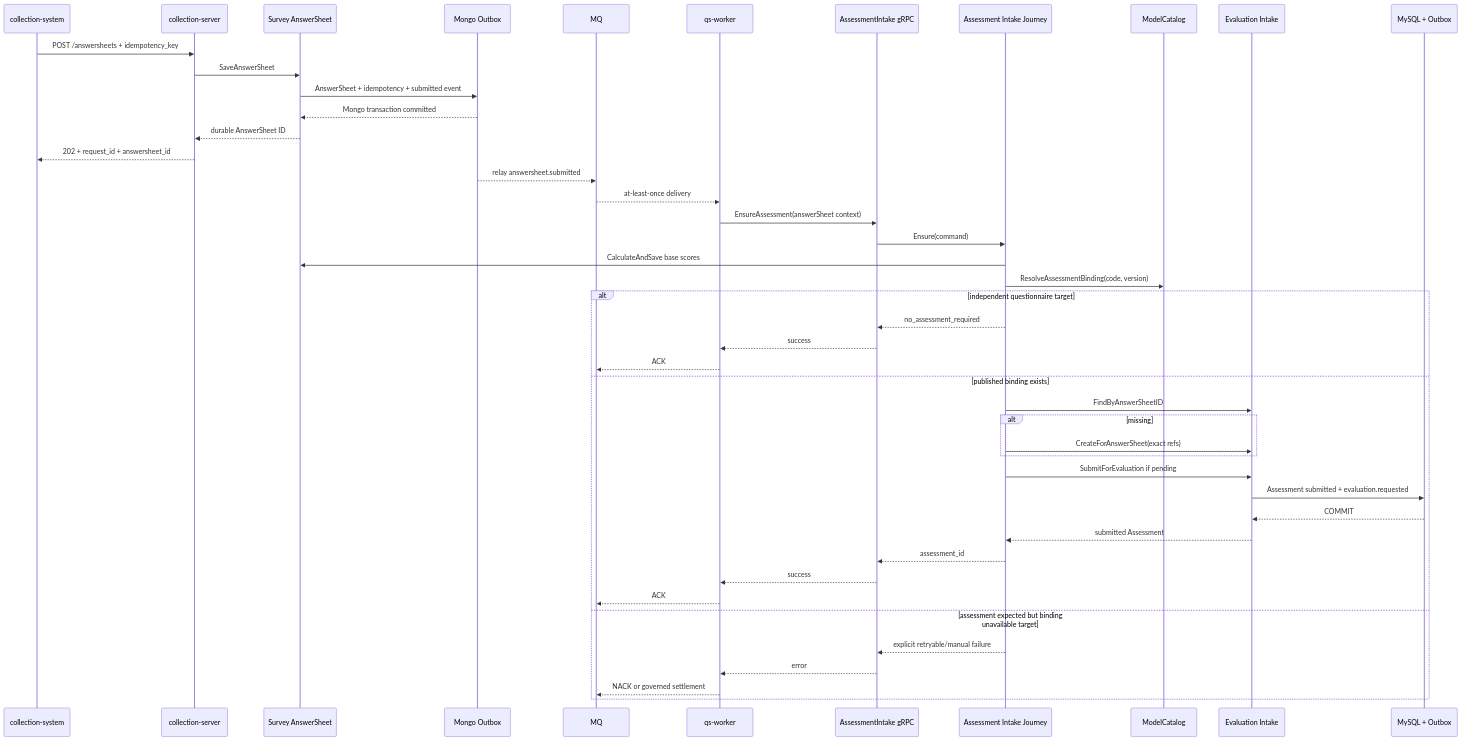
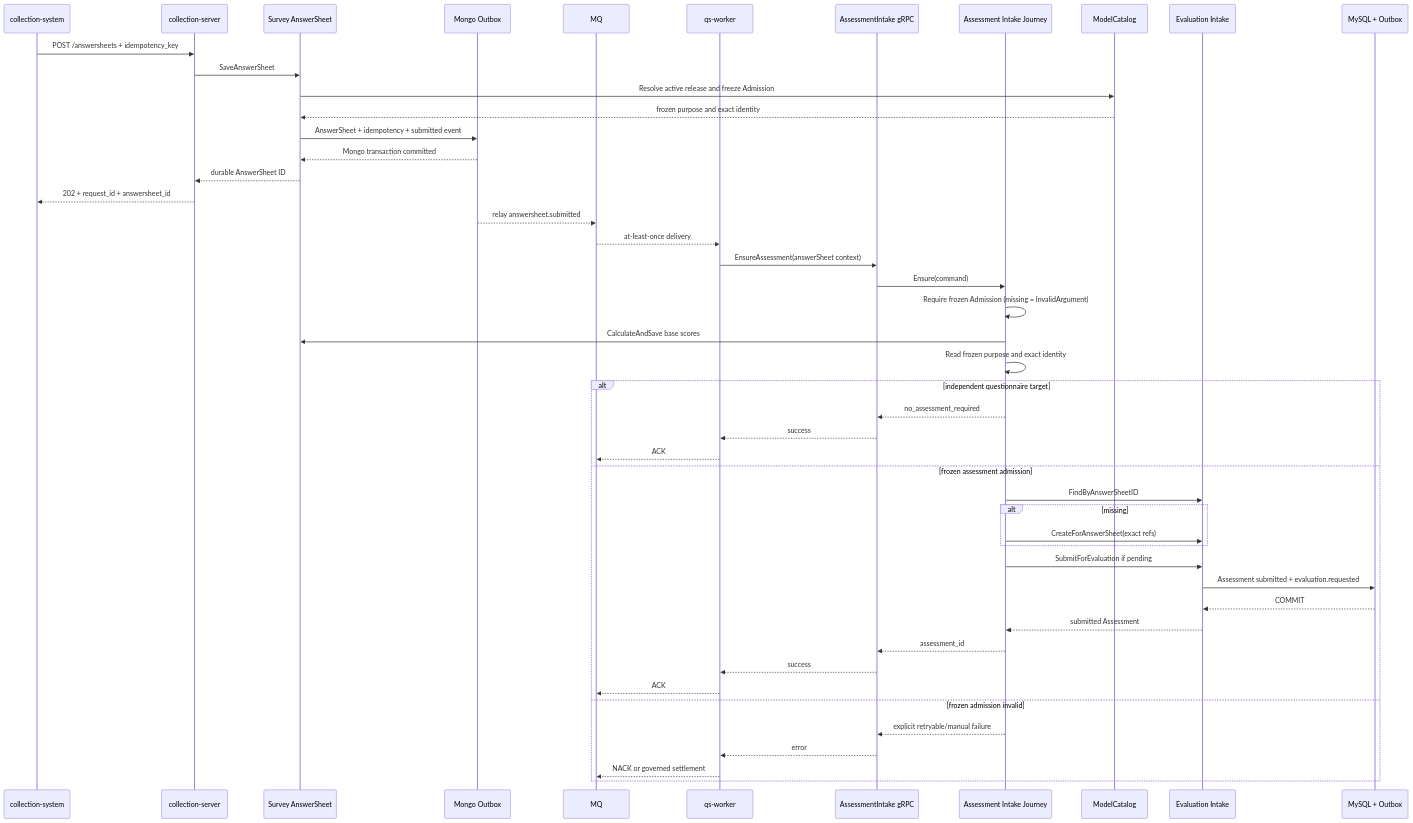
The fourth of 4 diagrams in docs/02-业务模块/30-evaluation/30-关键链路-从AnswerSheet到Assessment.md (FangcunMount/qs-server), drawn with Mermaid before and after one commit. The commit also changed other lines of this file and 11 other files, not shown here.

Commit message:
docs(m6): record canonical identity and frozen intake responsibility scope

````diff
--- a/docs/02-业务模块/30-evaluation/30-关键链路-从AnswerSheet到Assessment.md
+++ b/docs/02-业务模块/30-evaluation/30-关键链路-从AnswerSheet到Assessment.md
@@ -608,50 +607,53 @@
 ```mermaid
 sequenceDiagram
     participant MP as collection-system
     participant CS as collection-server
     participant AS as Survey AnswerSheet
     participant MO as Mongo Outbox
     participant MQ as MQ
     participant W as qs-worker
     participant G as AssessmentIntake gRPC
     participant J as Assessment Intake Journey
     participant MC as ModelCatalog
     participant EI as Evaluation Intake
     participant MY as MySQL + Outbox
 
     MP->>CS: POST /answersheets + idempotency_key
     CS->>AS: SaveAnswerSheet
+    AS->>MC: Resolve active release and freeze Admission
+    MC-->>AS: frozen purpose and exact identity
     AS->>MO: AnswerSheet + idempotency + submitted event
     MO-->>AS: Mongo transaction committed
     AS-->>CS: durable AnswerSheet ID
     CS-->>MP: 202 + request_id + answersheet_id
 
     MO-->>MQ: relay answersheet.submitted
     MQ-->>W: at-least-once delivery
     W->>G: EnsureAssessment(answerSheet context)
     G->>J: Ensure(command)
+    J->>J: Require frozen Admission (missing = InvalidArgument)
     J->>AS: CalculateAndSave base scores
-    J->>MC: ResolveAssessmentBinding(code, version)
+    J->>J: Read frozen purpose and exact identity
 
     alt independent questionnaire target
         J-->>G: no_assessment_required
         G-->>W: success
         W-->>MQ: ACK
-    else published binding exists
+    else frozen assessment admission
         J->>EI: FindByAnswerSheetID
         alt missing
             J->>EI: CreateForAnswerSheet(exact refs)
         end
         J->>EI: SubmitForEvaluation if pending
         EI->>MY: Assessment submitted + evaluation.requested
         MY-->>EI: COMMIT
         EI-->>J: submitted Assessment
         J-->>G: assessment_id
         G-->>W: success
         W-->>MQ: ACK
-    else assessment expected but binding unavailable target
+    else frozen admission invalid
         J-->>G: explicit retryable/manual failure
         G-->>W: error
         W-->>MQ: NACK or governed settlement
     end
 ```
````
